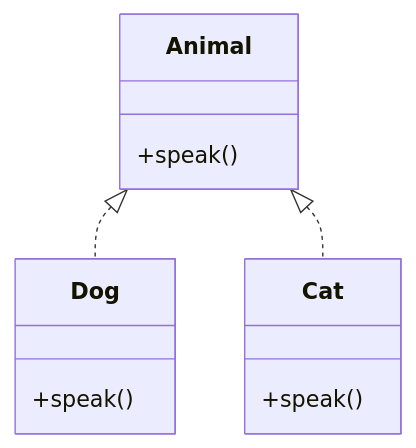
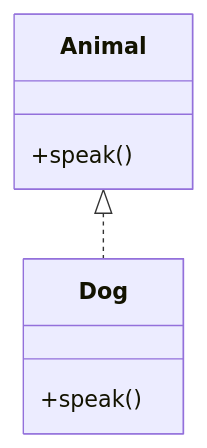
One commit to sl4shuur/obs-notes-digitalgarden changed the diagram in src/site/notes/hello.md. Above: the diagram before and after it, drawn with Mermaid. The commit also changed other lines of this file, not shown here.

Commit message:
Update content src/site/notes/hello.md

````diff
--- a/src/site/notes/hello.md
+++ b/src/site/notes/hello.md
@@ -12,15 +12,11 @@
 ```mermaid
 classDiagram
     Animal <|.. Dog
-    Animal <|.. Cat
 
     class Animal{
         +speak()
     }
     class Dog{
         +speak()
     }
-    class Cat{
-        +speak()
-    }
 ```
````
